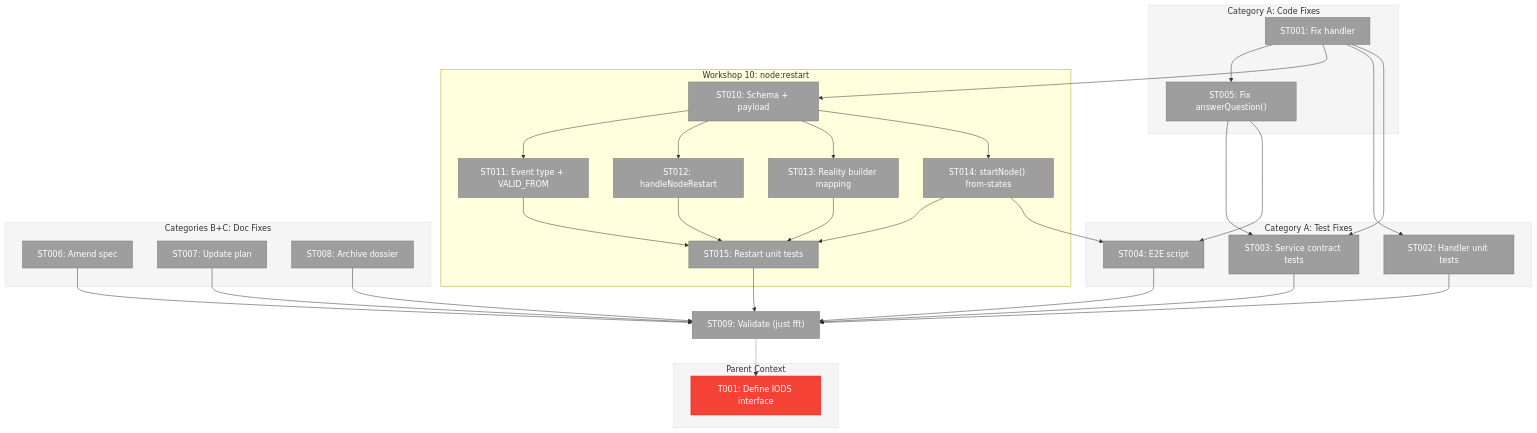
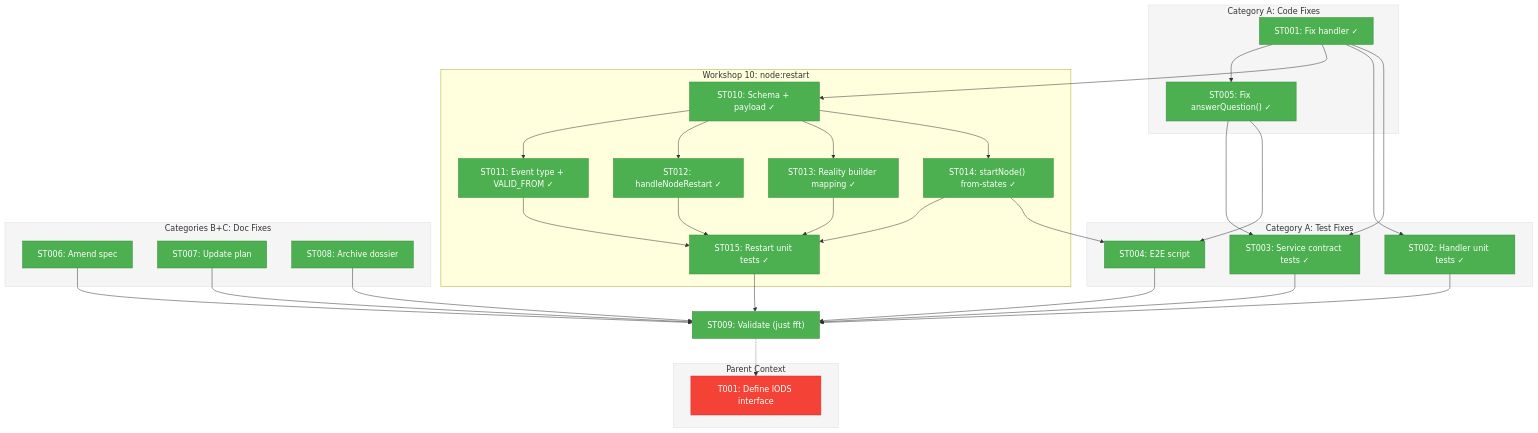
The first of 3 diagrams in docs/plans/030-positional-orchestrator/tasks/phase-6-ods-action-handlers/001-subtask-concept-drift-remediation.md (AI-Substrate/chainglass), drawn with Mermaid before and after one commit. The commit also changed other lines of this file and 22 other files, not shown here.

````diff
--- a/docs/plans/030-positional-orchestrator/tasks/phase-6-ods-action-handlers/001-subtask-concept-drift-remediation.md
+++ b/docs/plans/030-positional-orchestrator/tasks/phase-6-ods-action-handlers/001-subtask-concept-drift-remediation.md
@@ -155,69 +155,69 @@
 ```mermaid
 flowchart TD
     classDef pending fill:#9E9E9E,stroke:#757575,color:#fff
     classDef inprogress fill:#FF9800,stroke:#F57C00,color:#fff
     classDef completed fill:#4CAF50,stroke:#388E3C,color:#fff
     classDef blocked fill:#F44336,stroke:#D32F2F,color:#fff
 
     style Parent fill:#F5F5F5,stroke:#E0E0E0
     style CodeFix fill:#F5F5F5,stroke:#E0E0E0
     style TestFix fill:#F5F5F5,stroke:#E0E0E0
     style DocFix fill:#F5F5F5,stroke:#E0E0E0
 
     subgraph Parent["Parent Context"]
         T001_P["T001: Define IODS interface"]:::blocked
     end
 
     subgraph CodeFix["Category A: Code Fixes"]
-        ST001["ST001: Fix handler"]:::pending
-        ST005["ST005: Fix answerQuestion()"]:::pending
+        ST001["ST001: Fix handler ✓"]:::completed
+        ST005["ST005: Fix answerQuestion() ✓"]:::completed
         ST001 --> ST005
     end
 
     subgraph Restart["Workshop 10: node:restart"]
-        ST010["ST010: Schema + payload"]:::pending
-        ST011["ST011: Event type + VALID_FROM"]:::pending
-        ST012["ST012: handleNodeRestart"]:::pending
-        ST013["ST013: Reality builder mapping"]:::pending
-        ST014["ST014: startNode() from-states"]:::pending
-        ST015["ST015: Restart unit tests"]:::pending
+        ST010["ST010: Schema + payload ✓"]:::completed
+        ST011["ST011: Event type + VALID_FROM ✓"]:::completed
+        ST012["ST012: handleNodeRestart ✓"]:::completed
+        ST013["ST013: Reality builder mapping ✓"]:::completed
+        ST014["ST014: startNode() from-states ✓"]:::completed
+        ST015["ST015: Restart unit tests ✓"]:::completed
         ST001 --> ST010
         ST010 --> ST011
         ST010 --> ST012
         ST010 --> ST013
         ST010 --> ST014
         ST011 --> ST015
         ST012 --> ST015
         ST013 --> ST015
         ST014 --> ST015
     end
 
     subgraph TestFix["Category A: Test Fixes"]
-        ST002["ST002: Handler unit tests"]:::pending
-        ST003["ST003: Service contract tests"]:::pending
-        ST004["ST004: E2E script"]:::pending
+        ST002["ST002: Handler unit tests ✓"]:::completed
+        ST003["ST003: Service contract tests ✓"]:::completed
+        ST004["ST004: E2E script"]:::completed
         ST001 --> ST002
         ST001 --> ST003
         ST005 --> ST003
         ST005 --> ST004
         ST014 --> ST004
     end
 
     subgraph DocFix["Categories B+C: Doc Fixes"]
-        ST006["ST006: Amend spec"]:::pending
-        ST007["ST007: Update plan"]:::pending
-        ST008["ST008: Archive dossier"]:::pending
+        ST006["ST006: Amend spec"]:::completed
+        ST007["ST007: Update plan"]:::completed
+        ST008["ST008: Archive dossier"]:::completed
     end
 
-    ST009["ST009: Validate (just fft)"]:::pending
+    ST009["ST009: Validate (just fft)"]:::completed
 
     ST002 --> ST009
     ST003 --> ST009
     ST004 --> ST009
     ST006 --> ST009
     ST007 --> ST009
     ST008 --> ST009
     ST015 --> ST009
 
     ST009 -.-> T001_P
 ```
````
